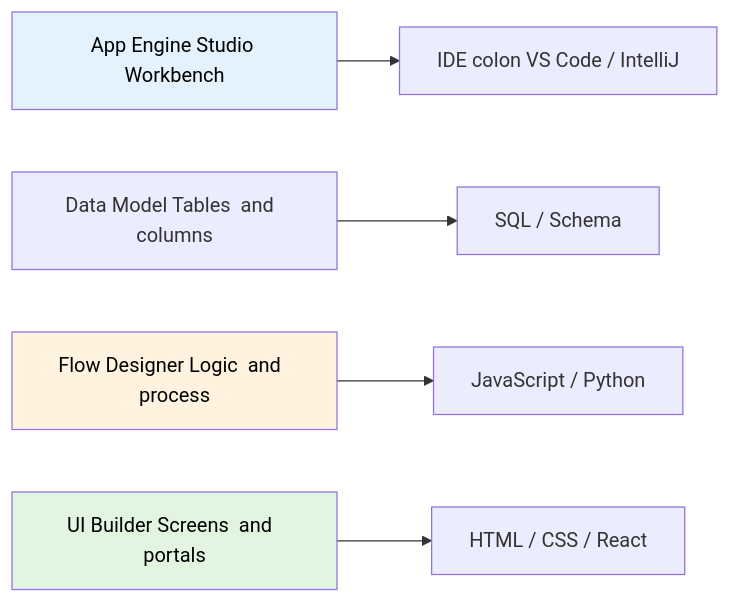
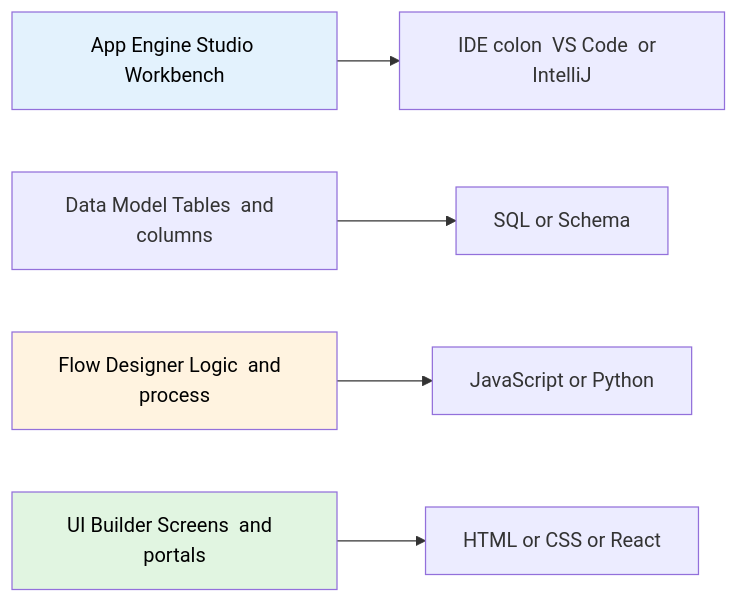
The fifth of 5 diagrams in docs/modules/app-engine/app-engine-guide.md (eltonaguiar/ServiceNow_Learning_TSOM-_CSM_FSM_SalesCRM_HAM_ITSM), drawn with Mermaid before and after one commit. The commit also changed other lines of this file and 19 other files, not shown here.

First line of the commit message:
Fix Mermaid diagram syntax errors - replace problematic chars in text content only

````diff
--- a/docs/modules/app-engine/app-engine-guide.md
+++ b/docs/modules/app-engine/app-engine-guide.md
@@ -291,11 +291,11 @@
 ```mermaid
 graph LR
-    AES[App Engine Studio Workbench] --> IDE[IDE colon  VS Code / IntelliJ]
-    DM[Data Model Tables  and  columns] --> SQL[SQL / Schema]
-    FD[Flow Designer Logic  and  process] --> JS[JavaScript / Python]
-    UB[UI Builder Screens  and  portals] --> HTML[HTML / CSS / React]
+    AES[App Engine Studio Workbench] --> IDE[IDE colon  VS Code  or  IntelliJ]
+    DM[Data Model Tables  and  columns] --> SQL[SQL  or  Schema]
+    FD[Flow Designer Logic  and  process] --> JS[JavaScript  or  Python]
+    UB[UI Builder Screens  and  portals] --> HTML[HTML  or  CSS  or  React]
 
     style AES fill:#e3f2fd,color:#000
     style FD fill:#fff3e0,color:#000
     style UB fill:#e1f5e1,color:#000
 ```
````
